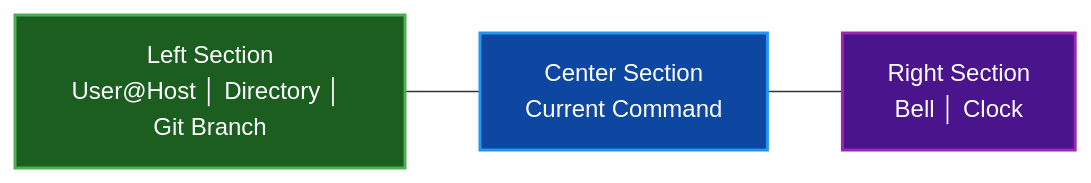
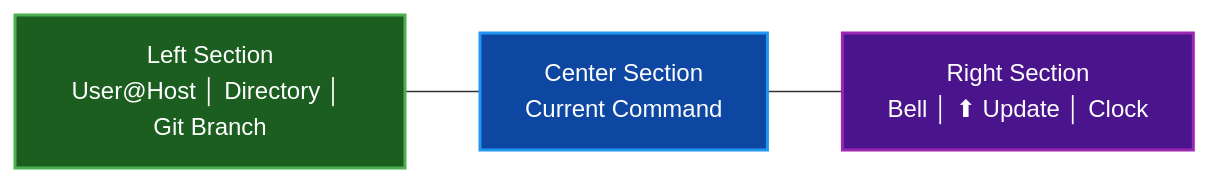
One commit to paulrobello/par-term changed the diagram in docs/STATUS_BAR.md. Above: the diagram before and after it, drawn with Mermaid. The commit also changed other lines of this file and 26 other files, not shown here.

````diff
--- a/docs/STATUS_BAR.md
+++ b/docs/STATUS_BAR.md
@@ -26,12 +26,12 @@
 ```mermaid
 graph LR
     Left["Left Section\nUser@Host │ Directory │ Git Branch"]
     Center["Center Section\nCurrent Command"]
-    Right["Right Section\nBell │ Clock"]
+    Right["Right Section\nBell │ ⬆ Update │ Clock"]
 
     Left --- Center --- Right
 
     style Left fill:#1b5e20,stroke:#4caf50,stroke-width:2px,color:#ffffff
     style Center fill:#0d47a1,stroke:#2196f3,stroke-width:2px,color:#ffffff
     style Right fill:#4a148c,stroke:#9c27b0,stroke-width:2px,color:#ffffff
 ```
````
